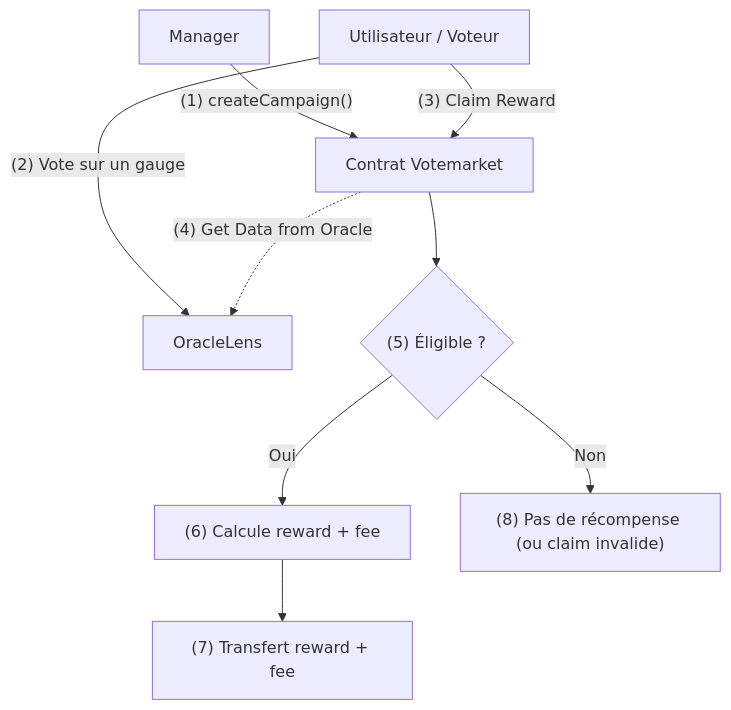
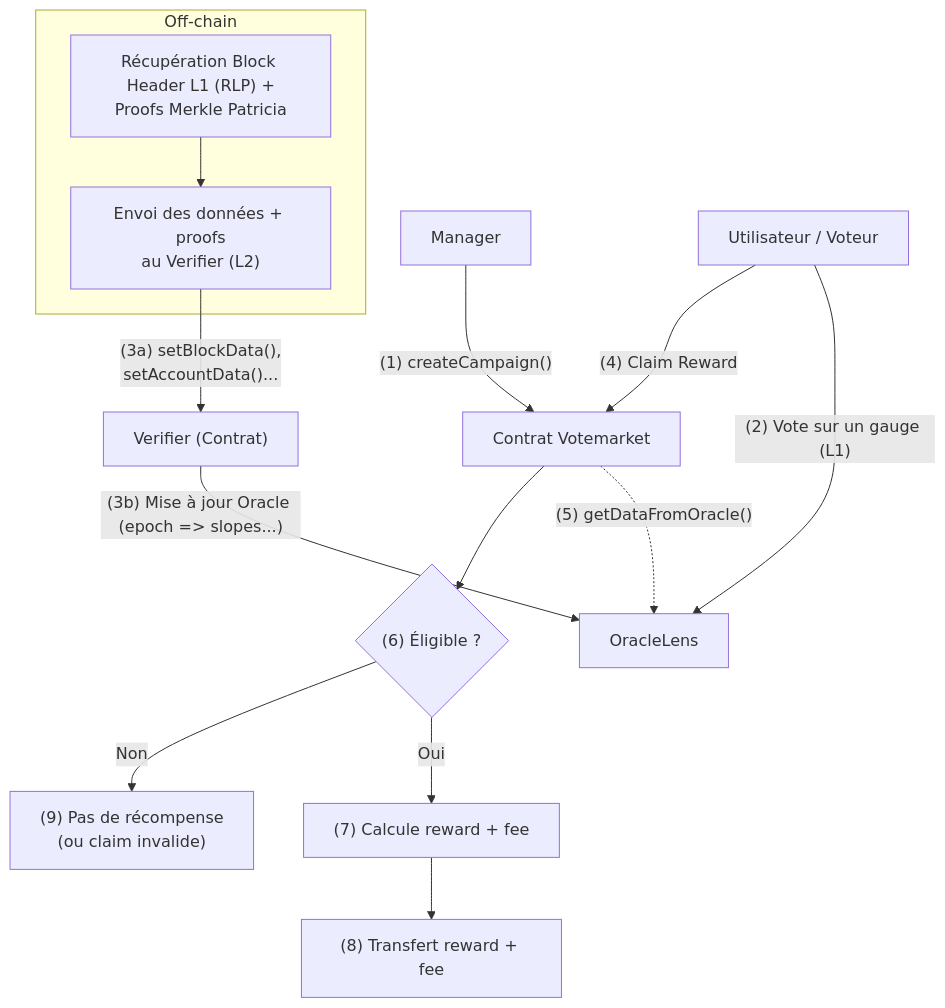
One commit to Le-Caignec/review-stakeDAO changed the first of 2 diagrams in votemaket-v2/votemarket-v2.md. Above: the diagram before and after it, drawn with Mermaid. The commit also changed other lines of this file, not shown here.

Commit message:
improve global schema

````diff
--- a/votemaket-v2/votemarket-v2.md
+++ b/votemaket-v2/votemarket-v2.md
@@ -3,20 +3,39 @@
 ```mermaid
 flowchart TB
-    %% --- Personnages ---
+    %% ---------------------- NŒUDS PRINCIPAUX ---------------------
+    subgraph Off-chain
+        OC1["Récupération Block Header L1 (RLP) +<br/>Proofs Merkle Patricia"]
+        OC2["Envoi des données + proofs<br/>au Verifier (L2)"]
+    end
+
     A["Manager"]
     X["Utilisateur / Voteur"]
     B["Contrat Votemarket"]
     D["OracleLens"]
+    V["Verifier (Contrat)"]
 
-    %% --- Flux d'actions ---
+    %% ---------------------- FLUX ---------------------
+    %% (1) Manager crée la campagne
     A -->|"(1) createCampaign()"| B
-    X -->|"(2) Vote sur un gauge"| D
-    X -->|"(3) Claim Reward"| B
-    B -.->|"(4) Get Data from Oracle"| D
-    
-    B --> G{"(5) Éligible ?"}
-    G -- "Oui" --> H["(6) Calcule reward + fee"]
-    H --> I["(7) Transfert reward + fee"]
 
-    G -- "Non" --> K["(8) Pas de récompense (ou claim invalide)"]
+    %% (2) Utilisateur vote sur un gauge (souvent L1)
+    X -->|"(2) Vote sur un gauge (L1)"| D
+
+    %% Partie off-chain
+    OC1 --> OC2 -->|"(3a) setBlockData(), <br/> setAccountData()..."| V
+
+    %% Verifier met à jour l'OracleLens (ou l’Oracle) : points, slopes...
+    V -->|"(3b) Mise à jour Oracle (epoch => slopes...)"| D
+
+    %% (4) L'utilisateur réclame sa récompense
+    X -->|"(4) Claim Reward"| B
+
+    %% (5) Votemarket interroge l'OracleLens
+    B -.->|"(5) getDataFromOracle()"| D
+
+    B --> G{"(6) Éligible ?"}
+    G -- "Oui" --> H["(7) Calcule reward + fee"]
+    H --> I["(8) Transfert reward + fee"]
+
+    G -- "Non" --> K["(9) Pas de récompense<br/>(ou claim invalide)"]
 ```
````
